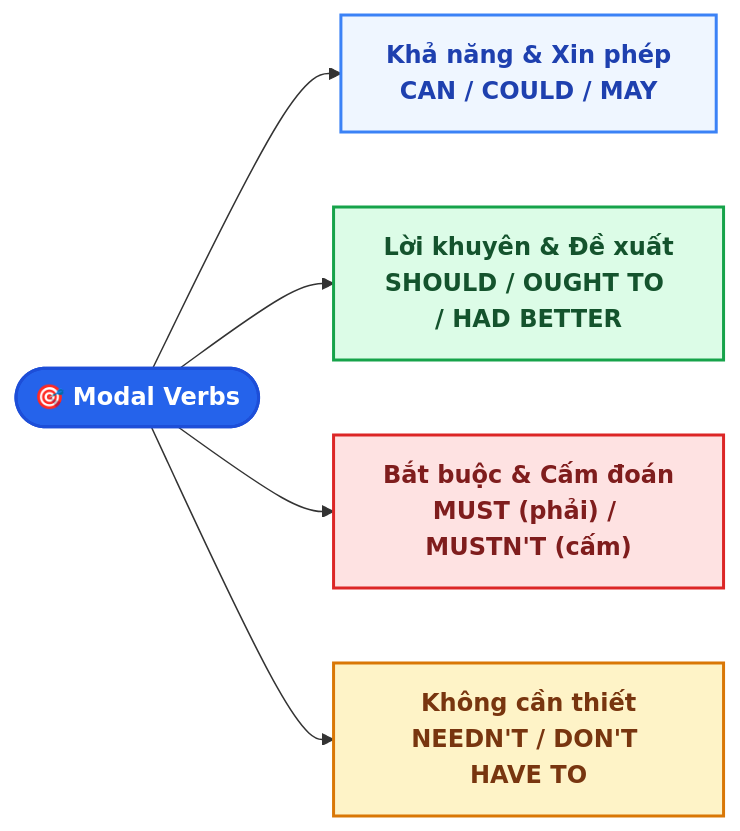
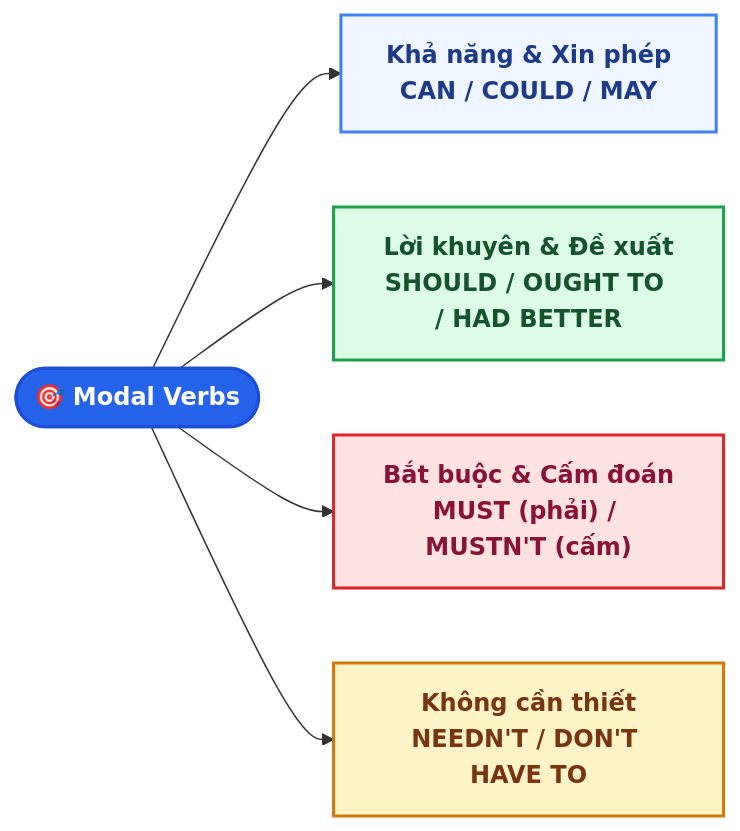
The diagram in EnglishDocs/docs/lessons/chuyen_de_2_dong_tu_khuyet_thieu_mastery.md (tuankiet2510/Grade10Entrance), drawn with Mermaid before and after one commit. The commit also changed 14 other files, not shown here.

Commit message:
fix(ui): resolve Mermaid dark/light contrast issue across all English lessons

````diff
--- a/EnglishDocs/docs/lessons/chuyen_de_2_dong_tu_khuyet_thieu_mastery.md
+++ b/EnglishDocs/docs/lessons/chuyen_de_2_dong_tu_khuyet_thieu_mastery.md
@@ -11,13 +11,13 @@
 ```mermaid
 flowchart LR
     A(["🎯 Modal Verbs"]) --> B["Khả năng & Xin phép<br/>CAN / COULD / MAY"]
     A --> C["Lời khuyên & Đề xuất<br/>SHOULD / OUGHT TO / HAD BETTER"]
     A --> D["Bắt buộc & Cấm đoán<br/>MUST (phải) / MUSTN'T (cấm)"]
     A --> E["Không cần thiết<br/>NEEDN'T / DON'T HAVE TO"]
     
     style A fill:#2563eb,stroke:#1d4ed8,stroke-width:2px,color:#ffffff,font-weight:bold
-    style B fill:#eff6ff,stroke:#3b82f6,stroke-width:2px,color:#1e40af,font-weight:bold
+    style B fill:#eff6ff,stroke:#3b82f6,stroke-width:2px,color:#1e3a8a,font-weight:bold
     style C fill:#dcfce7,stroke:#16a34a,stroke-width:2px,color:#14532d,font-weight:bold
-    style D fill:#fee2e2,stroke:#dc2626,stroke-width:2px,color:#7f1d1d,font-weight:bold
+    style D fill:#fee2e2,stroke:#dc2626,stroke-width:2px,color:#881337,font-weight:bold
     style E fill:#fef3c7,stroke:#d97706,stroke-width:2px,color:#78350f,font-weight:bold
 ```
````
